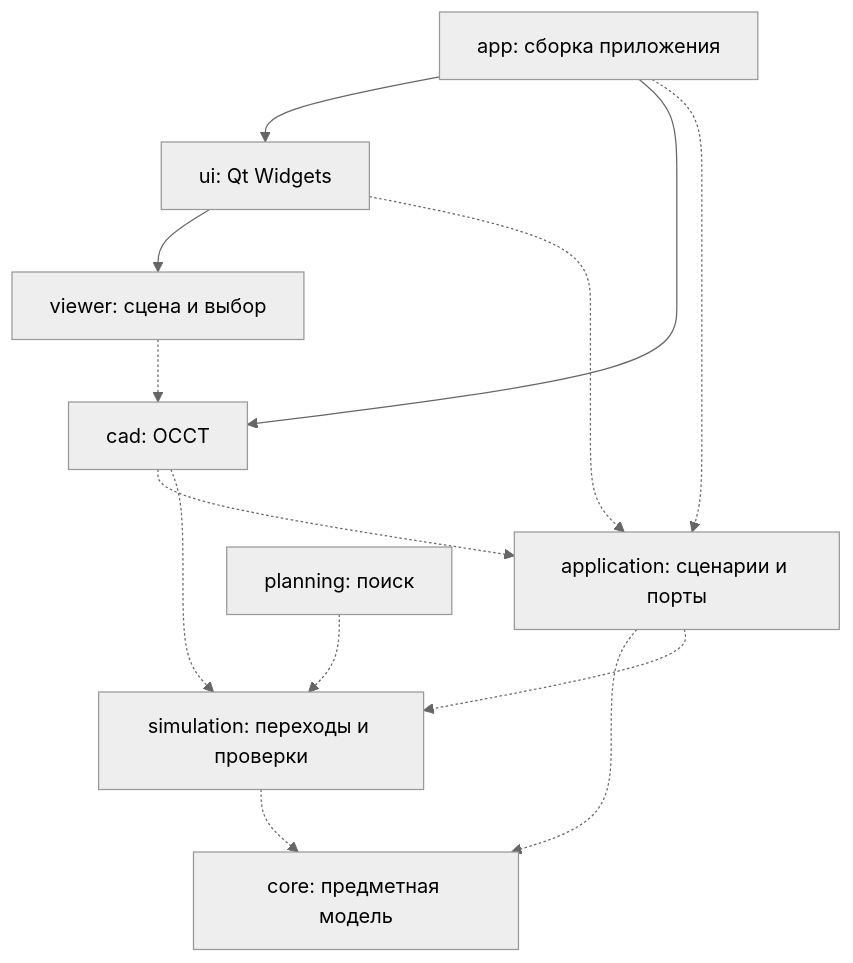
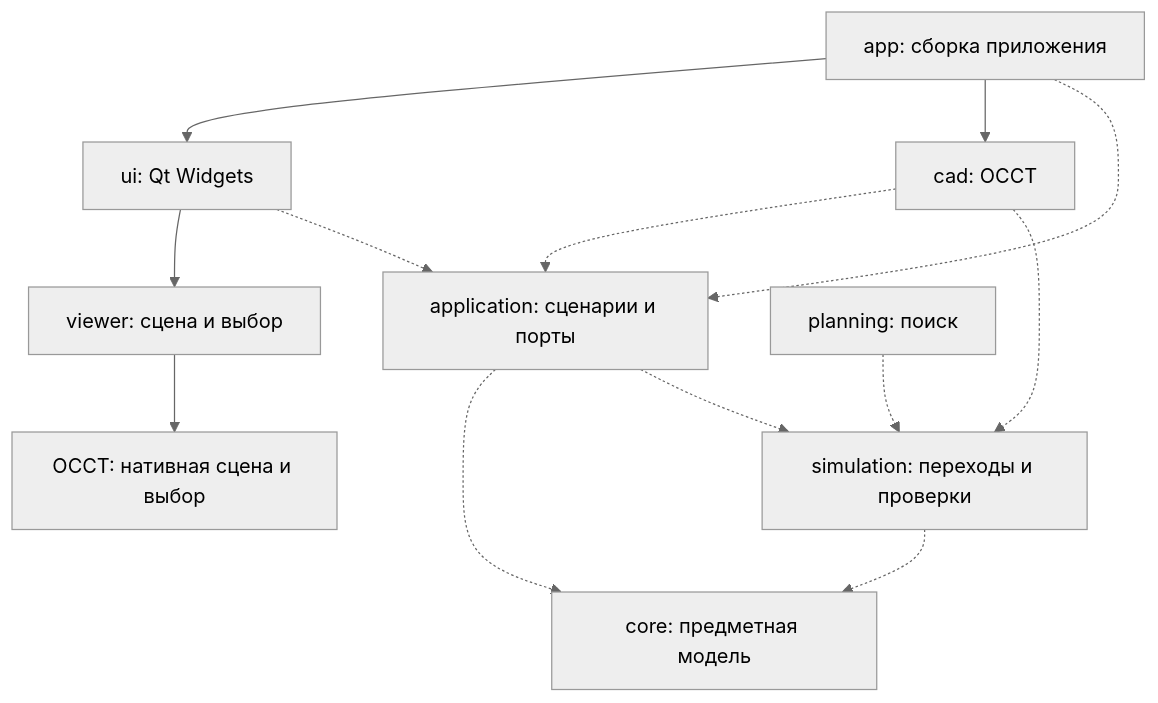
One commit to DenisPapushaJava/3d-bending-simulator changed the diagram in docs/architecture.md. Above: the diagram before and after it, drawn with Mermaid (neutral theme). The commit also changed other lines of this file and 24 other files, not shown here.

Commit message:
Implement native OCCT viewer with camera controls and graphics checks

````diff
--- a/docs/architecture.md
+++ b/docs/architecture.md
@@ -15,15 +15,15 @@
 ```mermaid
 flowchart TD
     APP[app: сборка приложения] --> UI[ui: Qt Widgets]
     APP --> CAD[cad: OCCT]
     UI --> VIEW[viewer: сцена и выбор]
     APP -.-> USE[application: сценарии и порты]
     UI -.-> USE
     CAD -.-> USE
     USE -.-> CORE[core: предметная модель]
-    VIEW -.-> CAD
+    VIEW --> OCC[OCCT: нативная сцена и выбор]
     SIM[simulation: переходы и проверки] -.-> CORE
     CAD -.-> SIM
     PLAN[planning: поиск] -.-> SIM
     USE -.-> SIM
 ```
````
